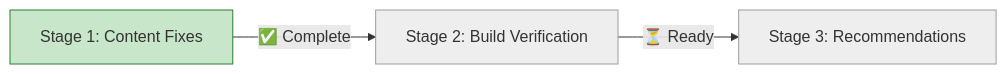
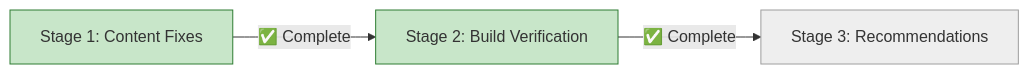
The diagram in docs/proposals/9-fix-documentation-build-errors/progress.md (info-tech-io/info-tech-io.github.io), drawn with Mermaid before and after one commit. The commit also changed other lines of this file and 1 other file, not shown here.

First line of the commit message:
docs(issue-9): update Stage 2 progress - verification complete

````diff
--- a/docs/proposals/9-fix-documentation-build-errors/progress.md
+++ b/docs/proposals/9-fix-documentation-build-errors/progress.md
@@ -12,13 +12,13 @@
 ```mermaid
 graph LR
     A[Stage 1: Content Fixes] -->|✅ Complete| B[Stage 2: Build Verification]
-    B -->|⏳ Ready| C[Stage 3: Recommendations]
+    B -->|✅ Complete| C[Stage 3: Recommendations]
 
     style A fill:#c8e6c9,stroke:#2e7d32
-    style B fill:#eeeeee,stroke:#9e9e9e
+    style B fill:#c8e6c9,stroke:#2e7d32
     style C fill:#eeeeee,stroke:#9e9e9e
 
     click A "001-content-fixes.md"
     click B "002-build-verification.md"
     click C "003-hugo-templates-recommendations.md"
 ```
````
